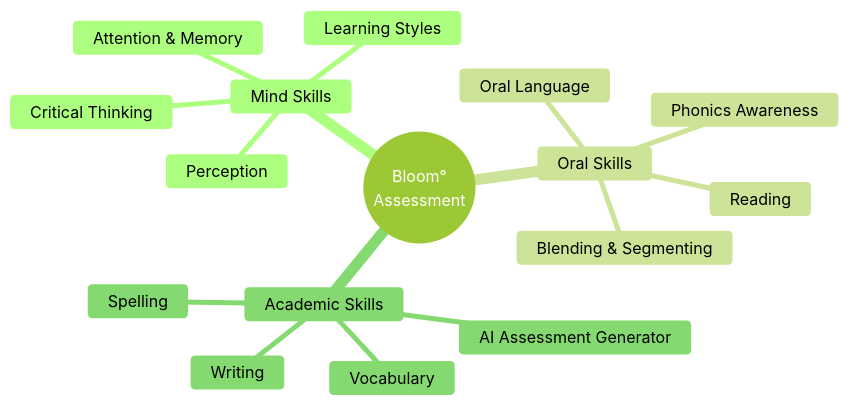
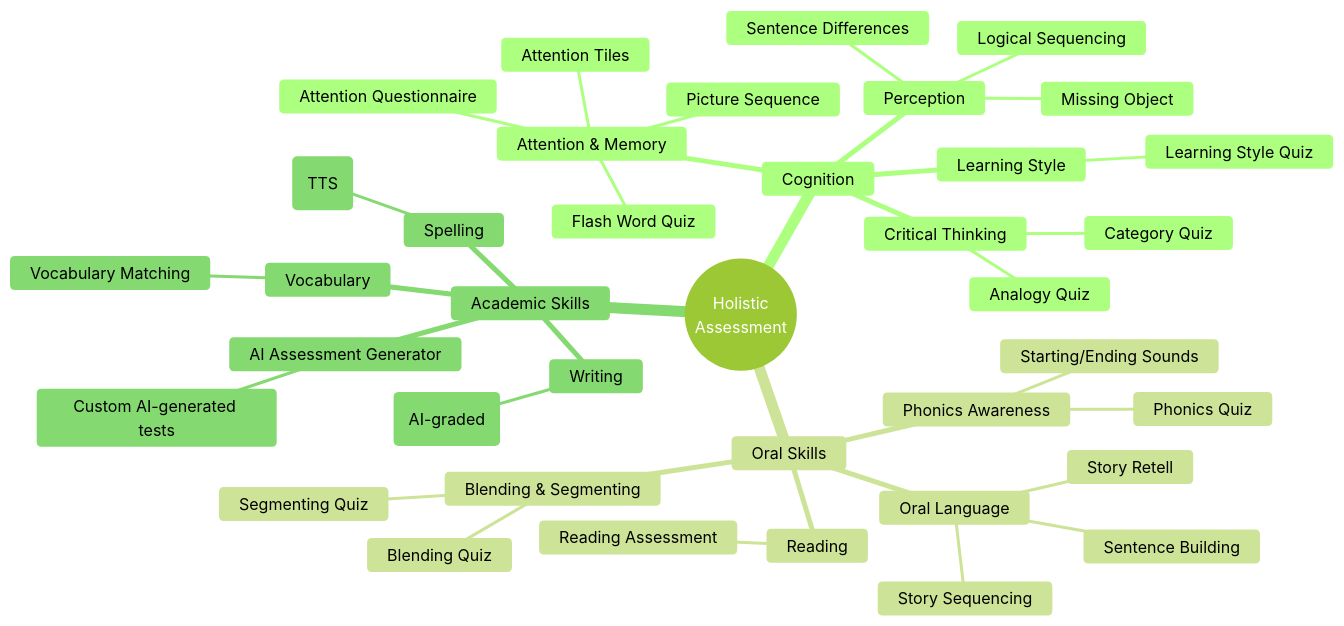
Before and after one commit to em-air/holistic-assessment-tool: the seventh of 13 diagrams in OVERVIEW.md, drawn with Mermaid (forest theme). The commit also changed other lines of this file and 1 other file, not shown here.

Commit message:
fixed routing issues in story retell

````diff
--- a/OVERVIEW.md
+++ b/OVERVIEW.md
@@ -141,19 +407,41 @@
 ```mermaid
 mindmap
-  root((Bloom°<br/>Assessment))
-    Mind Skills
+  root((Holistic<br/>Assessment))
+    Cognition
       Attention & Memory
-      Learning Styles
+        Attention Questionnaire
+        Attention Tiles
+        Picture Sequence
+        Flash Word Quiz
+      Learning Style
+        Learning Style Quiz
       Critical Thinking
+        Analogy Quiz
+        Category Quiz
       Perception
+        Missing Object
+        Sentence Differences
+        Logical Sequencing
     Oral Skills
       Oral Language
+        Sentence Building
+        Story Sequencing
+        Story Retell
       Reading
+        Reading Assessment
       Phonics Awareness
+        Phonics Quiz
+        Starting/Ending Sounds
       Blending & Segmenting
+        Blending Quiz
+        Segmenting Quiz
     Academic Skills
       Writing
+        Writing Test (AI-graded)
       Vocabulary
+        Vocabulary Matching
       Spelling
+        Spelling Test (TTS)
       AI Assessment Generator
+        Custom AI-generated tests
 ```
````
